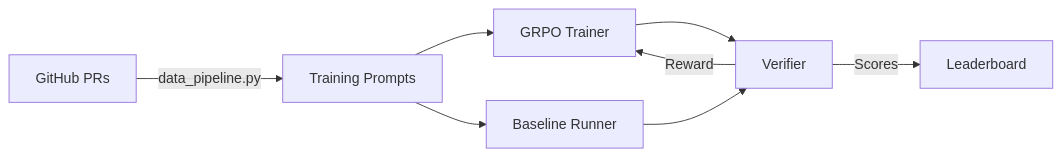
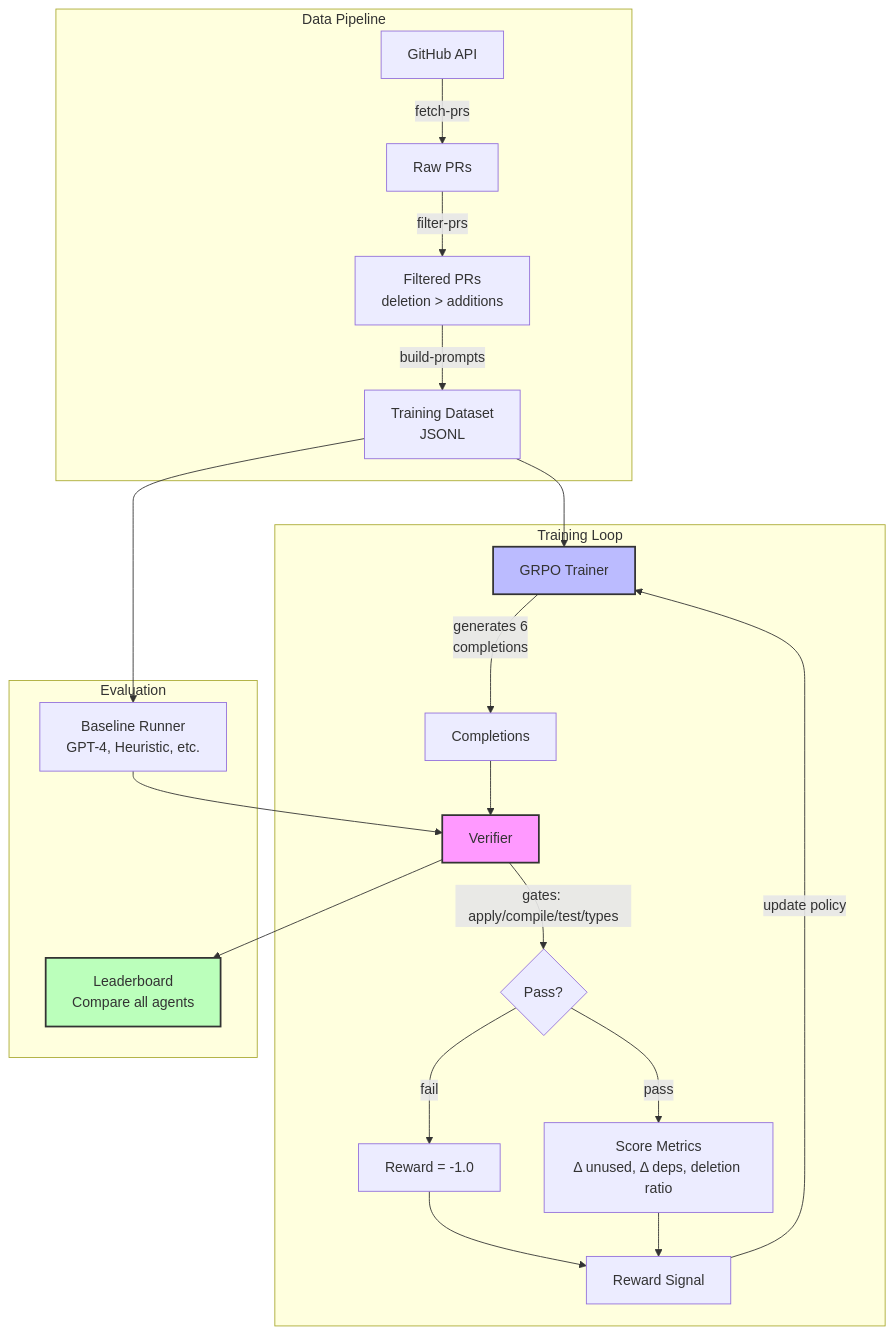
The diagram in README.md (aniltolwani/clobber), drawn with Mermaid before and after one commit. The commit also changed other lines of this file, not shown here.

Commit message:
Improve README structure and architecture diagram
- Move Quick Start section after Baselines (better flow)
- Expand Mermaid diagram with 3 subgraphs (Data Pipeline, Training Loop, Evaluation)
- Add visual flow: GitHub → Filter → Train → Verify → Reward → Update
- Show verifier gate logic (pass/fail) and metrics calculation
- Add colored boxes for key components (Verifier, Trainer, Leaderboard)

````diff
--- a/README.md
+++ b/README.md
@@ -120,10 +52,30 @@
 ```mermaid
-graph LR
-    A[GitHub PRs] -->|data_pipeline.py| B[Training Prompts]
-    B --> C[GRPO Trainer]
-    B --> D[Baseline Runner]
-    C --> E[Verifier]
-    D --> E
-    E -->|Reward| C
-    E -->|Scores| F[Leaderboard]
+graph TB
+    subgraph "Data Pipeline"
+        A[GitHub API] -->|fetch-prs| B[Raw PRs]
+        B -->|filter-prs| C[Filtered PRs<br/>deletion > additions]
+        C -->|build-prompts| D[Training Dataset<br/>JSONL]
+    end
+
+    subgraph "Training Loop"
+        D --> E[GRPO Trainer]
+        E -->|generates 6<br/>completions| F[Completions]
+        F --> G[Verifier]
+        G -->|gates: apply/compile/test/types| H{Pass?}
+        H -->|fail| I[Reward = -1.0]
+        H -->|pass| J[Score Metrics<br/>Δ unused, Δ deps, deletion ratio]
+        I --> K[Reward Signal]
+        J --> K
+        K -->|update policy| E
+    end
+
+    subgraph "Evaluation"
+        D --> L[Baseline Runner<br/>GPT-4, Heuristic, etc.]
+        L --> G
+        G --> M[Leaderboard<br/>Compare all agents]
+    end
+
+    style G fill:#f9f,stroke:#333,stroke-width:2px
+    style E fill:#bbf,stroke:#333,stroke-width:2px
+    style M fill:#bfb,stroke:#333,stroke-width:2px
 ```
````
